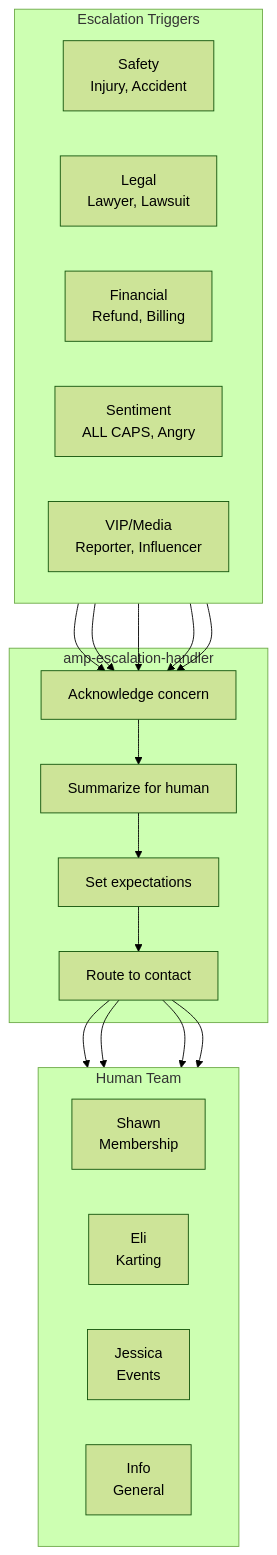
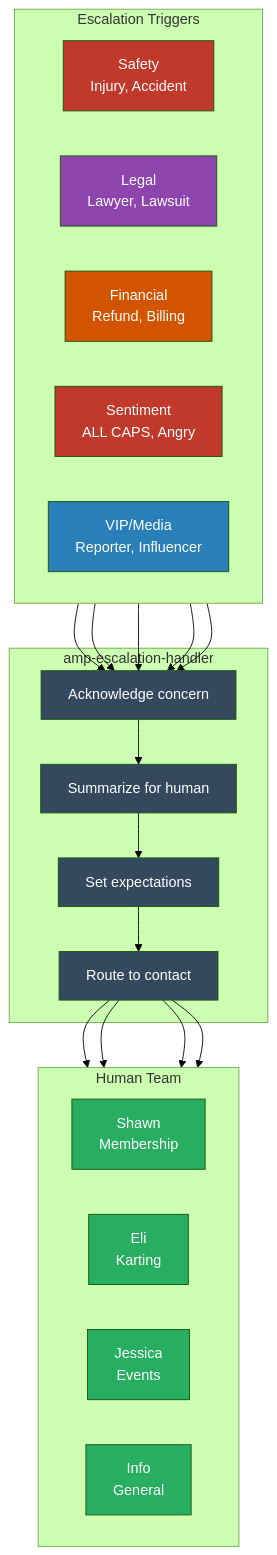
One commit to josh5holland/amp-ai-customer-service changed the third of 3 diagrams in README.md. Above: the diagram before and after it, drawn with Mermaid (forest theme). The commit also changed other lines of this file, not shown here.

First line of the commit message:
Add color styles to Mermaid diagrams

````diff
--- a/README.md
+++ b/README.md
@@ -176,39 +205,53 @@
 ```mermaid
 flowchart TB
     subgraph TRIGGERS["Escalation Triggers"]
         direction LR
         T1["Safety<br/>Injury, Accident"]
         T2["Legal<br/>Lawyer, Lawsuit"]
         T3["Financial<br/>Refund, Billing"]
         T4["Sentiment<br/>ALL CAPS, Angry"]
         T5["VIP/Media<br/>Reporter, Influencer"]
     end
 
     subgraph HANDLER["amp-escalation-handler"]
         H1["Acknowledge concern"]
         H2["Summarize for human"]
         H3["Set expectations"]
         H4["Route to contact"]
     end
 
     subgraph HUMANS["Human Team"]
         direction LR
         P1["Shawn<br/>Membership"]
         P2["Eli<br/>Karting"]
         P3["Jessica<br/>Events"]
         P4["Info<br/>General"]
     end
 
     T1 --> H1
     T2 --> H1
     T3 --> H1
     T4 --> H1
     T5 --> H1
 
     H1 --> H2 --> H3 --> H4
 
     H4 --> P1
     H4 --> P2
     H4 --> P3
     H4 --> P4
+
+    style T1 fill:#c0392b,color:#fff
+    style T2 fill:#8e44ad,color:#fff
+    style T3 fill:#d35400,color:#fff
+    style T4 fill:#c0392b,color:#fff
+    style T5 fill:#2980b9,color:#fff
+    style H1 fill:#34495e,color:#fff
+    style H2 fill:#34495e,color:#fff
+    style H3 fill:#34495e,color:#fff
+    style H4 fill:#34495e,color:#fff
+    style P1 fill:#27ae60,color:#fff
+    style P2 fill:#27ae60,color:#fff
+    style P3 fill:#27ae60,color:#fff
+    style P4 fill:#27ae60,color:#fff
 ```
````
